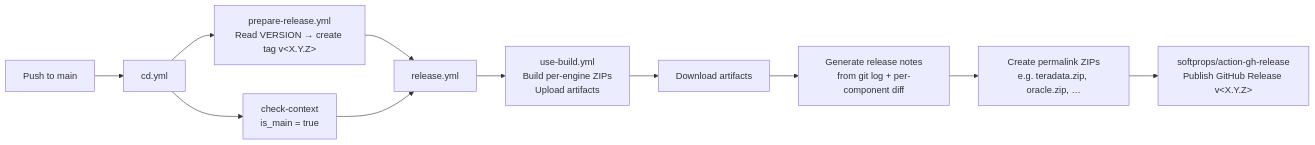
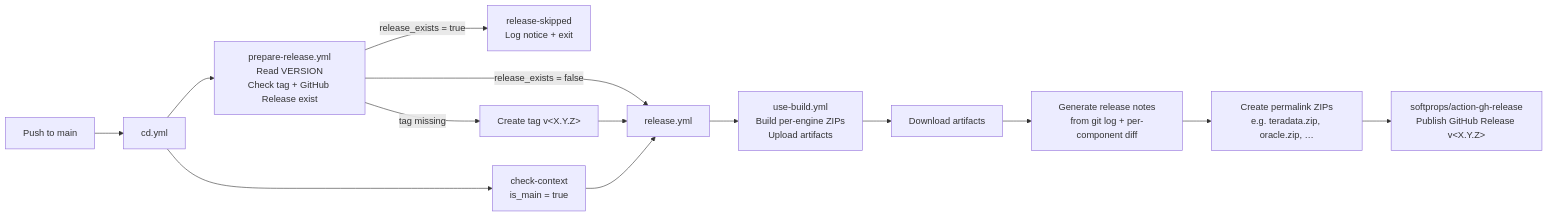
Before and after one commit to Snowflake-Labs/SC.DDLExportScripts: the diagram in .github/docs/RELEASE_PROCESS.md, drawn with Mermaid. The commit also changed other lines of this file and 2 other files, not shown here.

Commit message:
fix(ci): short-circuit cd.yml when GitHub Release for VERSION already exists (#50)

````diff
--- a/.github/docs/RELEASE_PROCESS.md
+++ b/.github/docs/RELEASE_PROCESS.md
@@ -40,13 +40,16 @@
 ```mermaid
 flowchart LR
     A[Push to main] --> B[cd.yml]
-    B --> C[prepare-release.yml<br/>Read VERSION → create tag v&lt;X.Y.Z&gt;]
+    B --> C[prepare-release.yml<br/>Read VERSION<br/>Check tag + GitHub Release exist]
     B --> D[check-context<br/>is_main = true]
-    C --> E[release.yml]
+    C -->|release_exists = true| K[release-skipped<br/>Log notice + exit]
+    C -->|release_exists = false| E[release.yml]
     D --> E
+    C -->|tag missing| C2[Create tag v&lt;X.Y.Z&gt;]
+    C2 --> E
     E --> F[use-build.yml<br/>Build per-engine ZIPs<br/>Upload artifacts]
     F --> G[Download artifacts]
     G --> H[Generate release notes<br/>from git log + per-component diff]
     H --> I[Create permalink ZIPs<br/>e.g. teradata.zip, oracle.zip, …]
     I --> J[softprops/action-gh-release<br/>Publish GitHub Release v&lt;X.Y.Z&gt;]
 ```
````
